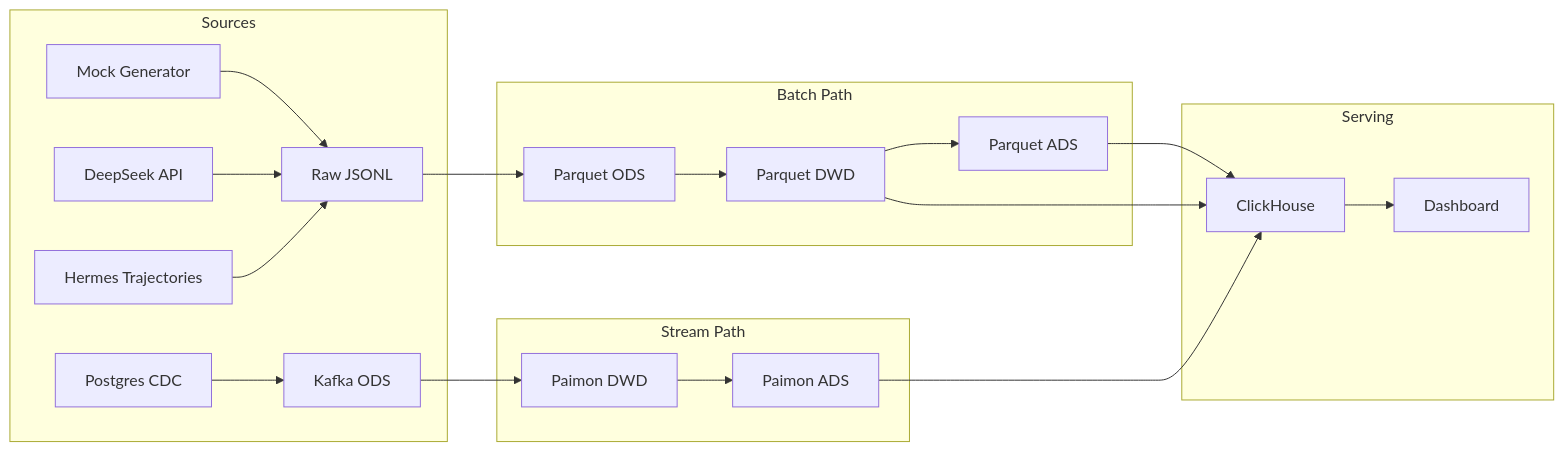
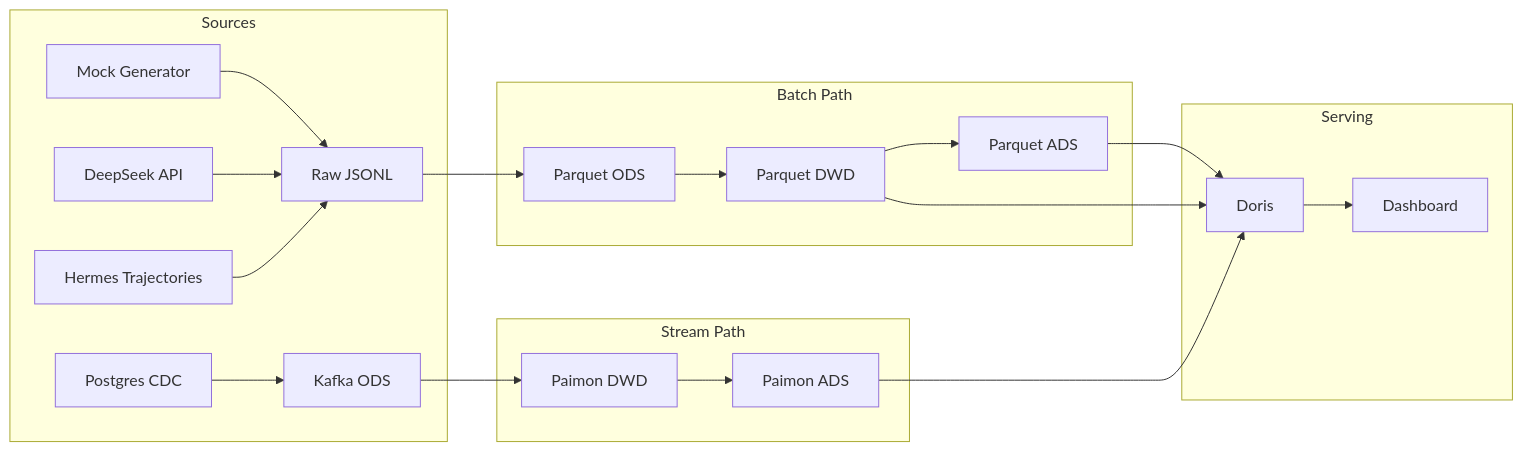
The diagram in docs/data_lineage.md (CHEUKFUNGWU/ai-observability-lakehouse), drawn with Mermaid before and after one commit. The commit also changed 24 other files, not shown here.

Commit message:
Migrate serving layer from ClickHouse to Doris

````diff
--- a/docs/data_lineage.md
+++ b/docs/data_lineage.md
@@ -3,24 +3,24 @@
 ```mermaid
 graph LR
     subgraph Sources
         A["Mock Generator"] --> R["Raw JSONL"]
         B["DeepSeek API"] --> R
         C["Hermes Trajectories"] --> R
         D["Postgres CDC"] --> K["Kafka ODS"]
     end
     subgraph Batch Path
         R --> ODS_B["Parquet ODS"]
         ODS_B --> DWD_B["Parquet DWD"]
         DWD_B --> ADS_B["Parquet ADS"]
     end
     subgraph Stream Path
         K --> DWD_S["Paimon DWD"]
         DWD_S --> ADS_S["Paimon ADS"]
     end
     subgraph Serving
-        ADS_B --> CH["ClickHouse"]
+        ADS_B --> CH["Doris"]
         ADS_S --> CH
         DWD_B --> CH
         CH --> DASH["Dashboard"]
     end
 ```
````
